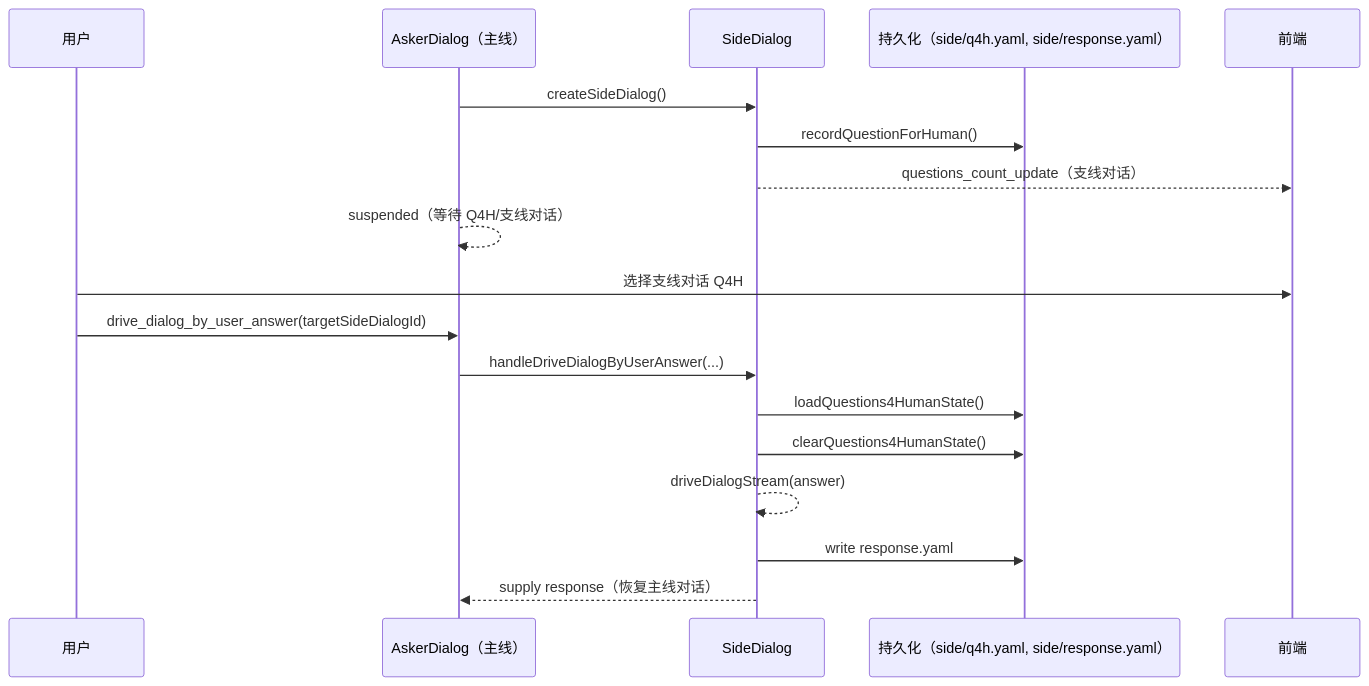
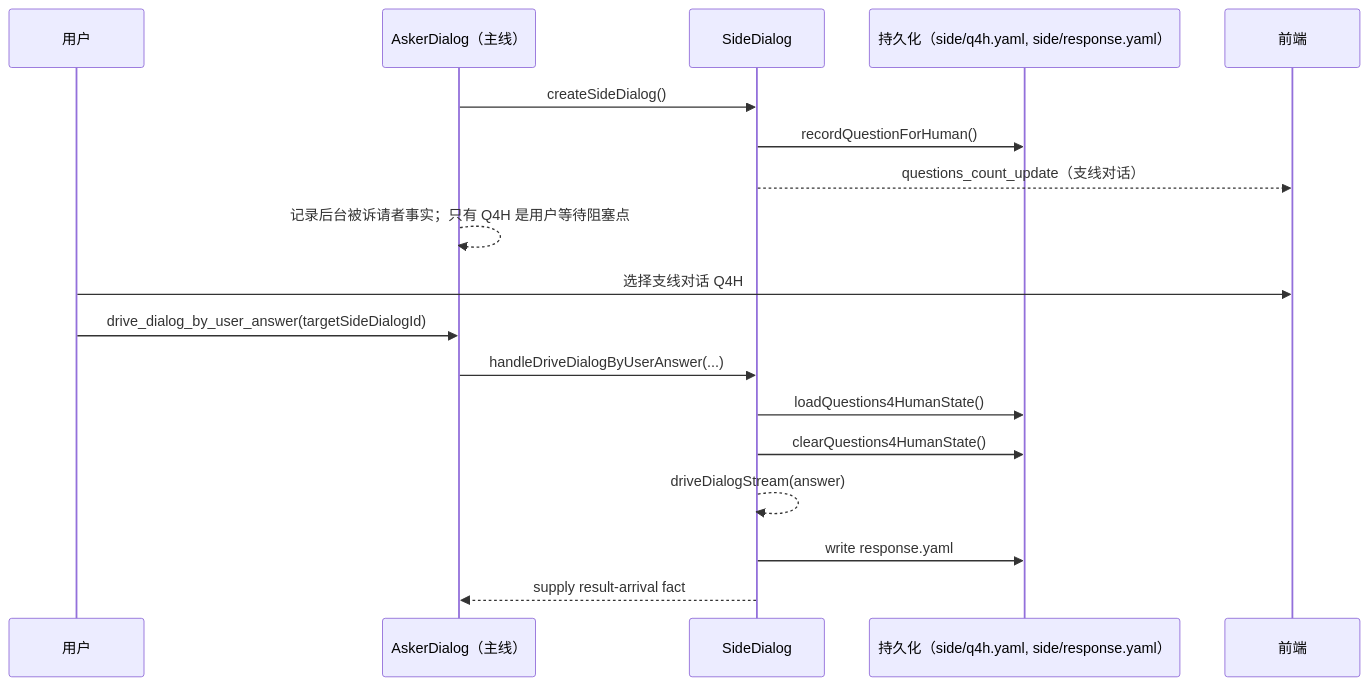
Before and after one commit to longrun-ai/dominds: diagram 18 of 19 in docs/dialog-system.zh.md, drawn with Mermaid. The commit also changed other lines of this file and 54 other files, not shown here.

````diff
--- a/docs/dialog-system.zh.md
+++ b/docs/dialog-system.zh.md
@@ -1409,22 +1406,22 @@
 ```mermaid
 sequenceDiagram
   participant User as 用户
   participant Asker as AskerDialog（主线）
   participant Side as SideDialog
   participant Store as 持久化（side/q4h.yaml, side/response.yaml）
   participant UI as 前端
 
   Asker->>Side: createSideDialog()
   Side->>Store: recordQuestionForHuman()
   Side-->>UI: questions_count_update（支线对话）
-  Asker-->>Asker: suspended（等待 Q4H/支线对话）
+  Asker-->>Asker: 记录后台被诉请者事实；只有 Q4H 是用户等待阻塞点
 
   User->>UI: 选择支线对话 Q4H
   User->>Asker: drive_dialog_by_user_answer(targetSideDialogId)
   Asker->>Side: handleDriveDialogByUserAnswer(...)
   Side->>Store: loadQuestions4HumanState()
   Side->>Store: clearQuestions4HumanState()
   Side-->>Side: driveDialogStream(answer)
   Side->>Store: write response.yaml
-  Side-->>Asker: supply response（恢复主线对话）
+  Side-->>Asker: supply result-arrival fact
 ```
````
